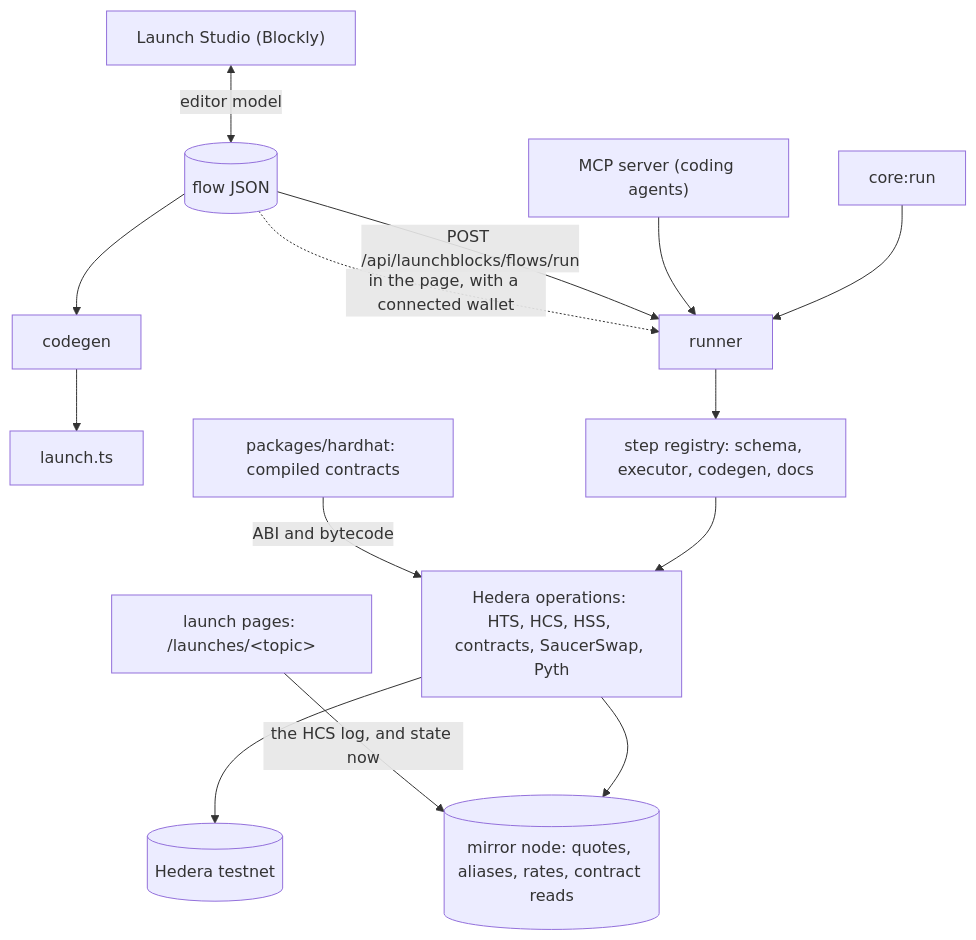
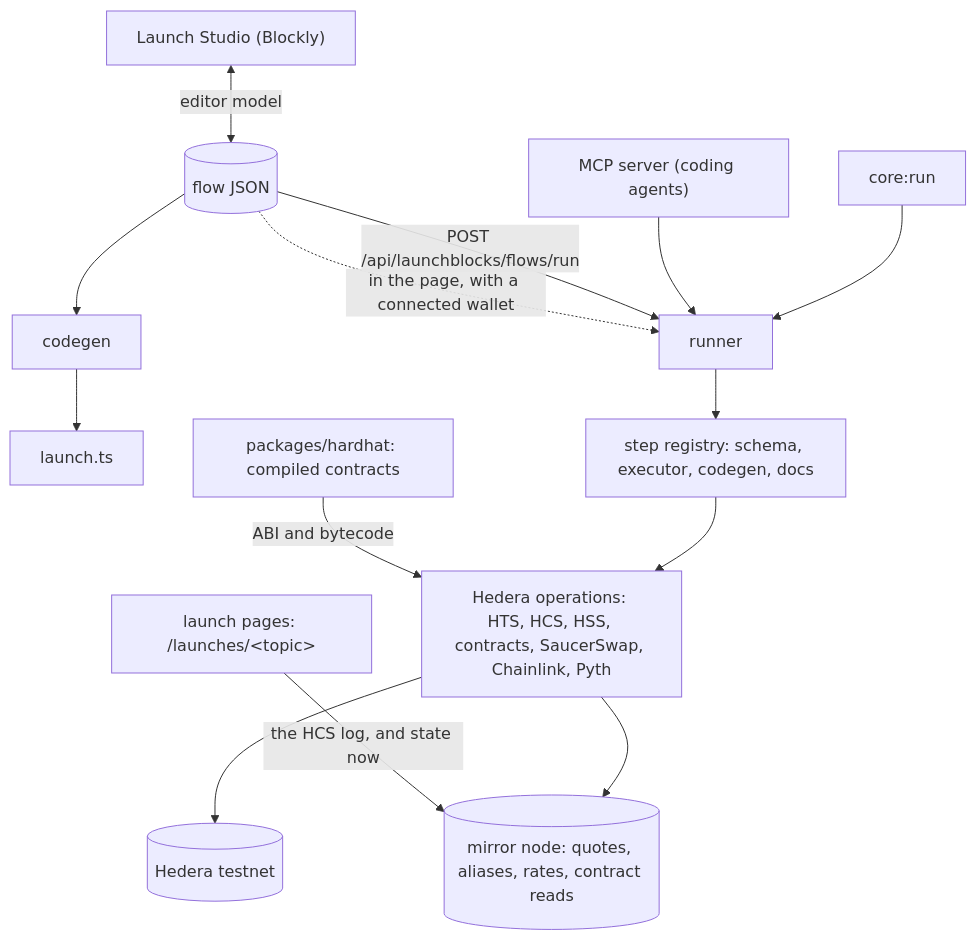
One commit to jmgomezl/scaffold-hbar-launchblocks changed the diagram in README.md. Above: the diagram before and after it, drawn with Mermaid. The commit also changed other lines of this file and 24 other files, not shown here.

First line of the commit message:
feat(oracle): price launches with Chainlink, Pyth as cross-check (T6)

````diff
--- a/README.md
+++ b/README.md
@@ -282,15 +282,15 @@
 ```mermaid
 flowchart TB
   Studio["Launch Studio (Blockly)"] <-->|editor model| Flow[("flow JSON")]
   CLI["core:run"] --> Runner
   MCP["MCP server (coding agents)"] --> Runner
   Flow -->|"POST /api/launchblocks/flows/run"| Runner["runner"]
   Flow -.->|"in the page, with a connected wallet"| Runner
   Flow --> Codegen["codegen"] --> Script["launch.ts"]
   Runner --> Registry["step registry: schema, executor, codegen, docs"]
-  Registry --> Ops["Hedera operations: HTS, HCS, HSS, contracts, SaucerSwap, Pyth"]
+  Registry --> Ops["Hedera operations: HTS, HCS, HSS, contracts, SaucerSwap, Chainlink, Pyth"]
   Hardhat["packages/hardhat: compiled contracts"] -->|ABI and bytecode| Ops
   Ops --> Hedera[("Hedera testnet")]
   Ops --> Mirror[("mirror node: quotes, aliases, rates, contract reads")]
   Pages["launch pages: /launches/&lt;topic&gt;"] -->|"the HCS log, and state now"| Mirror
 ```
````
